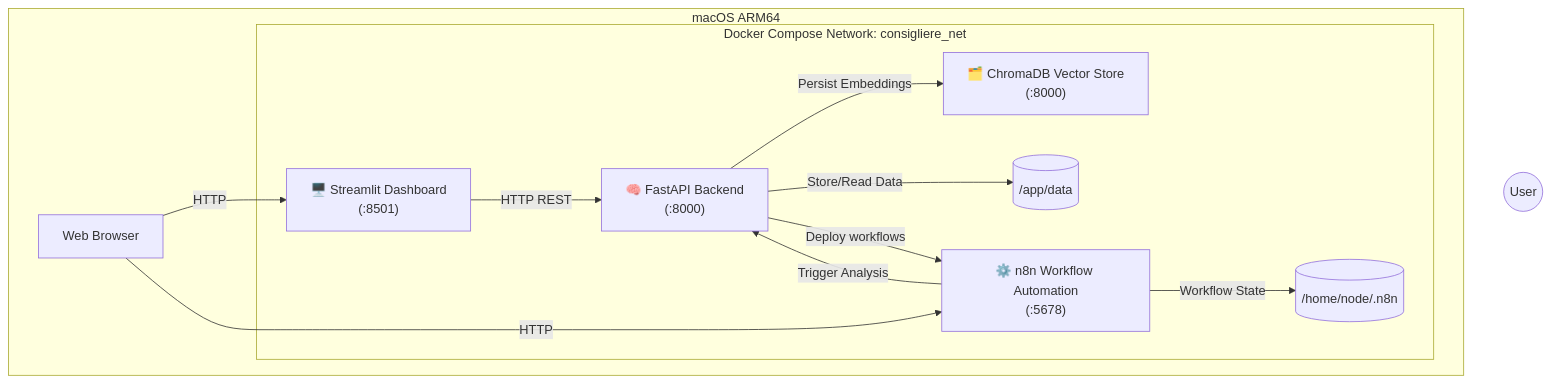
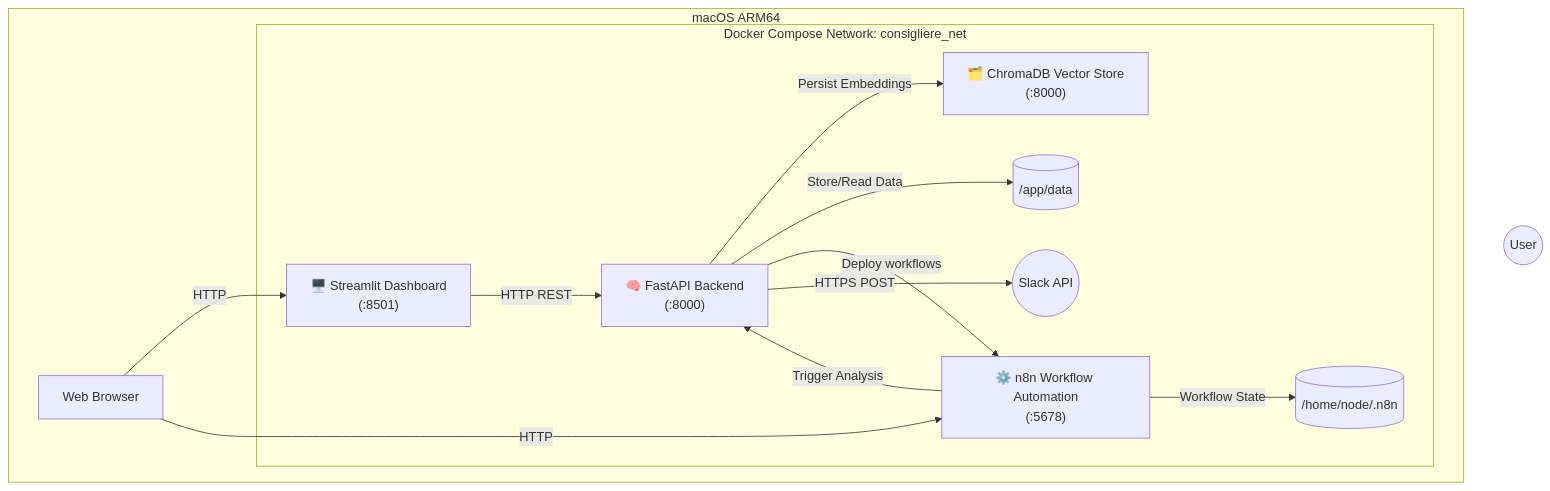
Before and after one commit to drather/Consigliere: the diagram in docs/system_snapshot/infrastructure.md, drawn with Mermaid. The commit also changed 4 other files, not shown here.

Commit message:
docs: update system snapshots and README to reflect Slack integration and Sender API

````diff
--- a/docs/system_snapshot/infrastructure.md
+++ b/docs/system_snapshot/infrastructure.md
@@ -11,24 +11,25 @@
 ```mermaid
 graph TD
     User((User))
     subgraph Host["macOS ARM64"]
         Browser["Web Browser"]
         
         subgraph Docker["Docker Compose Network: consigliere_net"]
             Dashboard["🖥️ Streamlit Dashboard\n(:8501)"]
             API["🧠 FastAPI Backend\n(:8000)"]
             N8N["⚙️ n8n Workflow Automation\n(:5678)"]
             Chroma["🗂️ ChromaDB Vector Store\n(:8000)"]
             
             Dashboard -- "HTTP REST" --> API
             API -- "Persist Embeddings" --> Chroma
             N8N -- "Trigger Analysis" --> API
             API -- "Store/Read Data" --> DataVol[("/app/data")]
             N8N -- "Workflow State" --> N8NVol[("/home/node/.n8n")]
             API -- "Deploy workflows" --> N8N
+            API -- "HTTPS POST" --> Slack((Slack API))
         end
         
         Browser -- "HTTP" --> Dashboard
         Browser -- "HTTP" --> N8N
     end
 ```
````
